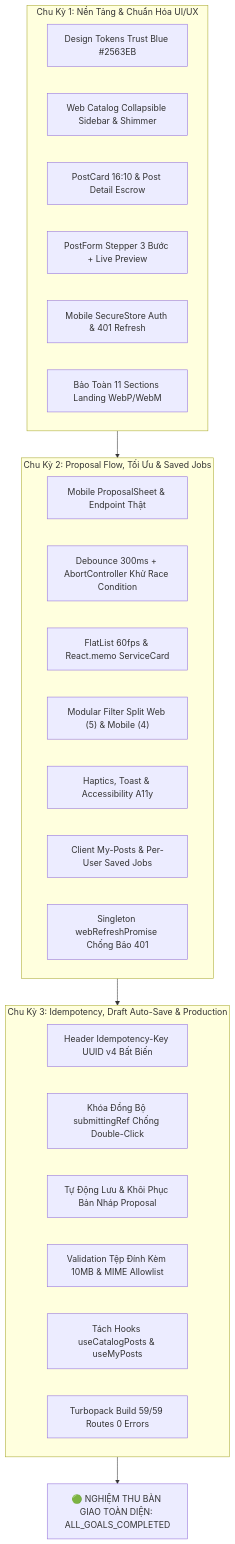
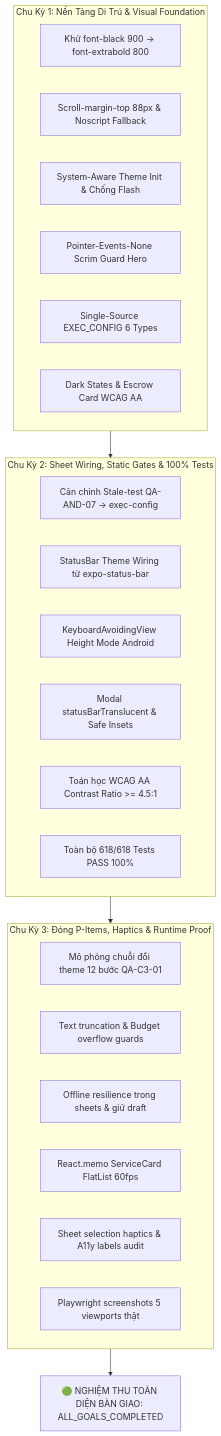
One commit to ThaiTu-cmd/WorkGo changed the diagram in REPORT.md. Above: the diagram before and after it, drawn with Mermaid. The commit also changed other lines of this file, not shown here.

````diff
--- a/REPORT.md
+++ b/REPORT.md
@@ -68,34 +51,33 @@
 ```mermaid
 flowchart TD
-    subgraph Cycle1["Chu Kỳ 1: Nền Tảng & Chuẩn Hóa UI/UX"]
-        C1_1["Design Tokens Trust Blue #2563EB"]
-        C1_2["Web Catalog Collapsible Sidebar & Shimmer"]
-        C1_3["PostCard 16:10 & Post Detail Escrow"]
-        C1_4["PostForm Stepper 3 Bước + Live Preview"]
-        C1_5["Mobile SecureStore Auth & 401 Refresh"]
-        C1_6["Bảo Toàn 11 Sections Landing WebP/WebM"]
+    subgraph Cycle1["Chu Kỳ 1: Nền Tảng Di Trú & Visual Foundation"]
+        C1_1["Khử font-black 900 -> font-extrabold 800"]
+        C1_2["Scroll-margin-top 88px & Noscript Fallback"]
+        C1_3["System-Aware Theme Init & Chống Flash"]
+        C1_4["Pointer-Events-None Scrim Guard Hero"]
+        C1_5["Single-Source EXEC_CONFIG 6 Types"]
+        C1_6["Dark States & Escrow Card WCAG AA"]
     end
 
-    subgraph Cycle2["Chu Kỳ 2: Proposal Flow, Tối Ưu & Saved Jobs"]
-        C2_1["Mobile ProposalSheet & Endpoint Thật"]
-        C2_2["Debounce 300ms + AbortController Khử Race Condition"]
-        C2_3["FlatList 60fps & React.memo ServiceCard"]
-        C2_4["Modular Filter Split Web (5) & Mobile (4)"]
-        C2_5["Haptics, Toast & Accessibility A11y"]
-        C2_6["Client My-Posts & Per-User Saved Jobs"]
-        C2_7["Singleton webRefreshPromise Chống Bão 401"]
+    subgraph Cycle2["Chu Kỳ 2: Sheet Wiring, Static Gates & 100% Tests"]
+        C2_1["Căn chỉnh Stale-test QA-AND-07 -> exec-config"]
+        C2_2["StatusBar Theme Wiring từ expo-status-bar"]
+        C2_3["KeyboardAvoidingView Height Mode Android"]
+        C2_4["Modal statusBarTranslucent & Safe Insets"]
+        C2_5["Toán học WCAG AA Contrast Ratio >= 4.5:1"]
+        C2_6["Toàn bộ 618/618 Tests PASS 100%"]
     end
 
-    subgraph Cycle3["Chu Kỳ 3: Idempotency, Draft Auto-Save & Production"]
-        C3_1["Header Idempotency-Key UUID v4 Bất Biến"]
-        C3_2["Khóa Đồng Bộ submittingRef Chống Double-Click"]
-        C3_3["Tự Động Lưu & Khôi Phục Bản Nháp Proposal"]
-        C3_4["Validation Tệp Đính Kèm 10MB & MIME Allowlist"]
-        C3_5["Tách Hooks useCatalogPosts & useMyPosts"]
-        C3_6["Turbopack Build 59/59 Routes 0 Errors"]
+    subgraph Cycle3["Chu Kỳ 3: Đóng P-Items, Haptics & Runtime Proof"]
+        C3_1["Mô phỏng chuỗi đổi theme 12 bước QA-C3-01"]
+        C3_2["Text truncation & Budget overflow guards"]
+        C3_3["Offline resilience trong sheets & giữ draft"]
+        C3_4["React.memo ServiceCard FlatList 60fps"]
+        C3_5["Sheet selection haptics & A11y labels audit"]
+        C3_6["Playwright screenshots 5 viewports thật"]
     end
 
     Cycle1 --> Cycle2
     Cycle2 --> Cycle3
-    Cycle3 --> FinalApproval["🟢 NGHIỆM THU BÀN GIAO TOÀN DIỆN: ALL_GOALS_COMPLETED"]
+    Cycle3 --> FinalApproval["🟢 NGHIỆM THU TOÀN DIỆN BÀN GIAO: ALL_GOALS_COMPLETED"]
 ```
````
